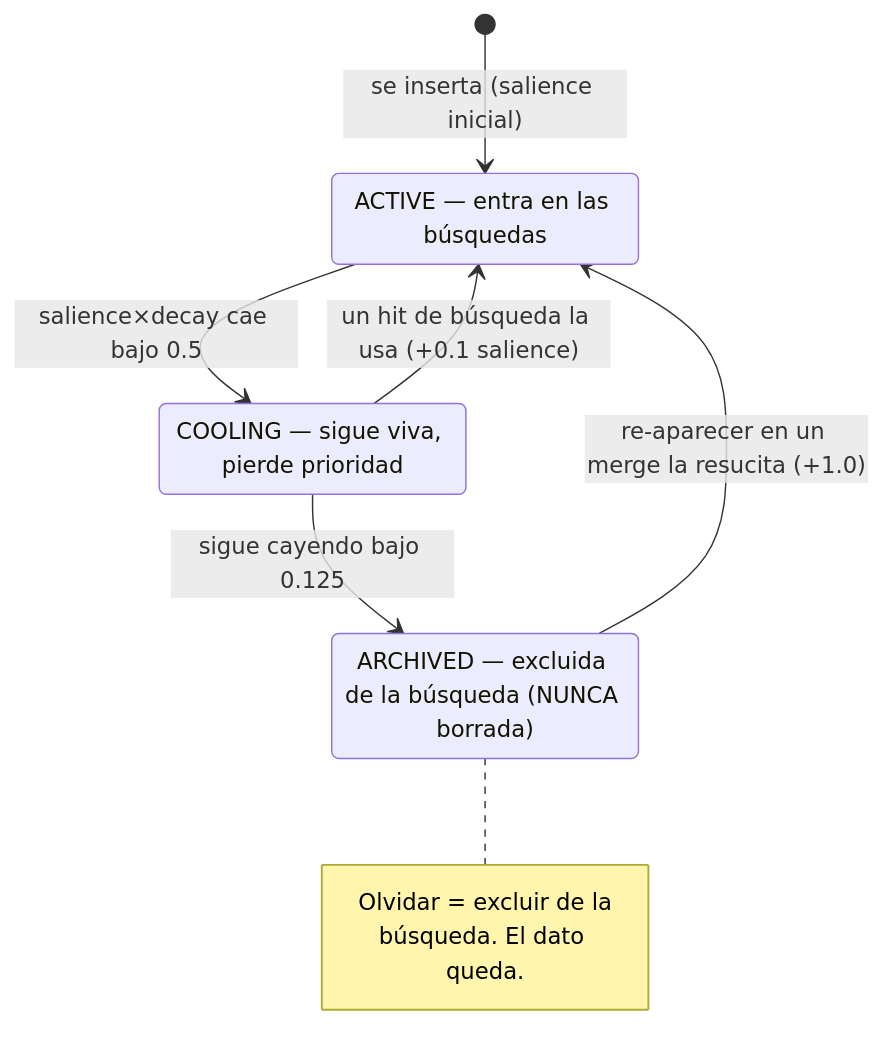
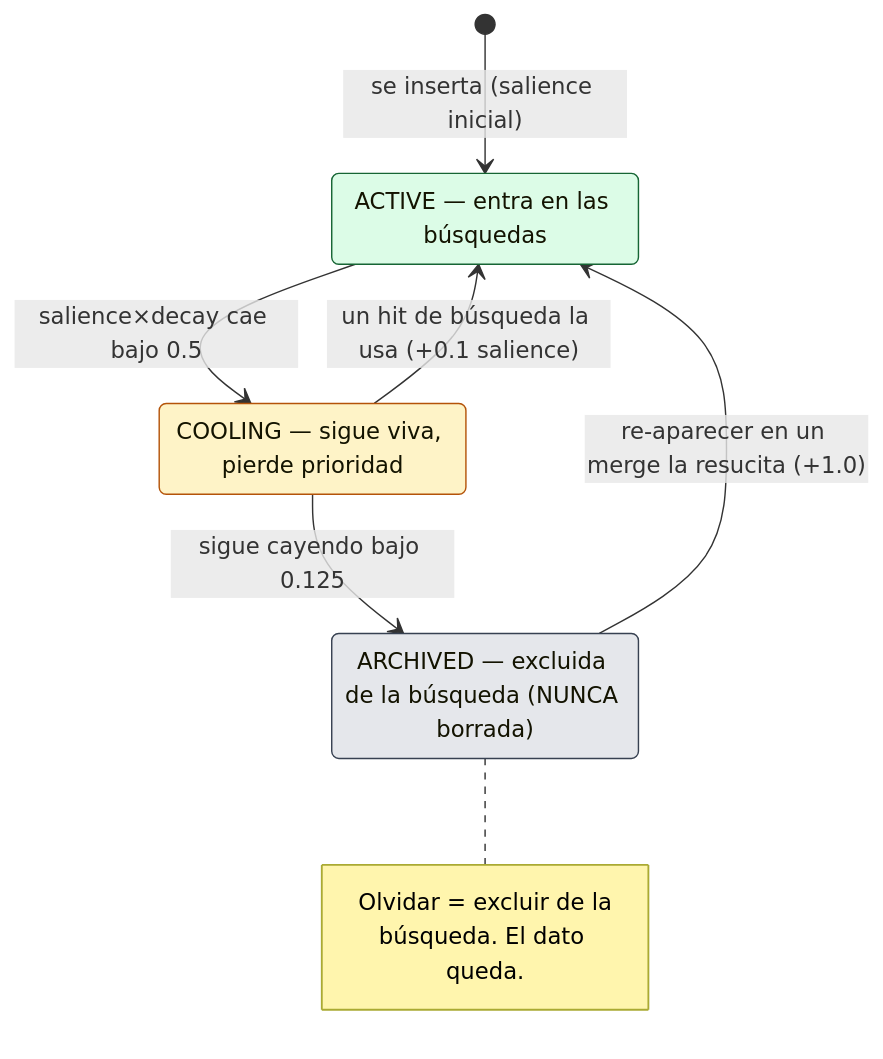
One commit to damian-rafael-lattenero/agent-brain changed the fourth of 7 diagrams in docs/ai-engineering-mapa-y-diccionario.md. Above: the diagram before and after it, drawn with Mermaid. The commit also changed other lines of this file, not shown here.

````diff
--- a/docs/ai-engineering-mapa-y-diccionario.md
+++ b/docs/ai-engineering-mapa-y-diccionario.md
@@ -309,16 +348,20 @@
 ```mermaid
 stateDiagram-v2
     state "ACTIVE — entra en las búsquedas" as ACT
     state "COOLING — sigue viva, pierde prioridad" as COOL
     state "ARCHIVED — excluida de la búsqueda (NUNCA borrada)" as ARC
 
     [*] --> ACT: se inserta (salience inicial)
     ACT --> COOL: salience×decay cae bajo 0.5
     COOL --> ARC: sigue cayendo bajo 0.125
     COOL --> ACT: un hit de búsqueda la usa (+0.1 salience)
     ARC --> ACT: re-aparecer en un merge la resucita (+1.0)
     note right of ARC
         Olvidar = excluir de la
         búsqueda. El dato queda.
     end note
+
+    style ACT fill:#dcfce7,stroke:#166534
+    style COOL fill:#fef3c7,stroke:#b45309
+    style ARC fill:#e5e7eb,stroke:#374151
 ```
````
